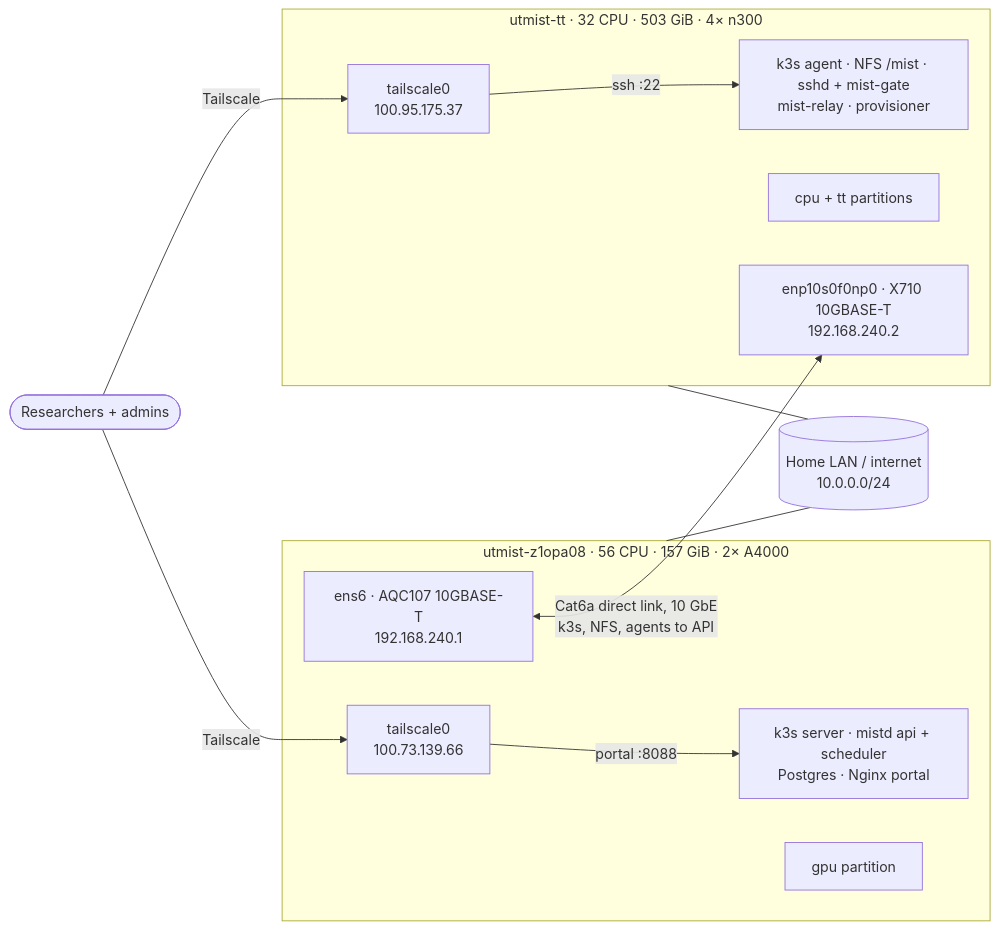
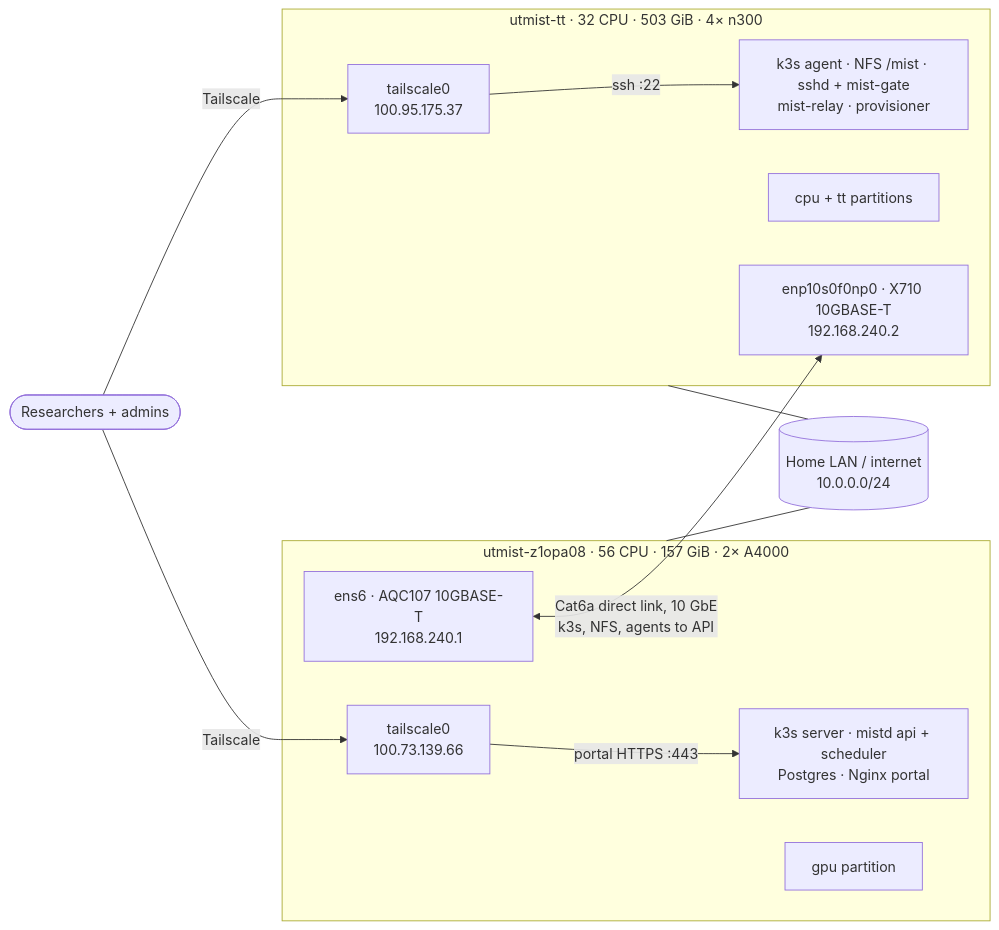
The diagram in docs/agents/architecture/deployment-and-network.md (UTMIST/Mist), drawn with Mermaid before and after one commit. The commit also changed other lines of this file and 12 other files, not shown here.

First line of the commit message:
Refine HPC-style architecture contracts and jobs plan

````diff
--- a/docs/agents/architecture/deployment-and-network.md
+++ b/docs/agents/architecture/deployment-and-network.md
@@ -9,19 +9,19 @@
 ```mermaid
 flowchart LR
     Users([Researchers + admins]) -->|Tailscale| TSN
     Users -->|Tailscale| TST
     subgraph NV["utmist-z1opa08 · 56 CPU · 157 GiB · 2× A4000"]
-        TSN["tailscale0<br/>100.73.139.66"] -->|"portal :8088"| NVsvc["k3s server · mistd api + scheduler<br/>Postgres · Nginx portal"]
+        TSN["tailscale0<br/>100.73.139.66"] -->|"portal HTTPS :443"| NVsvc["k3s server · mistd api + scheduler<br/>Postgres · Nginx portal"]
         NVgpu[gpu partition]
         ens6["ens6 · AQC107 10GBASE-T<br/>192.168.240.1"]
     end
     subgraph TT["utmist-tt · 32 CPU · 503 GiB · 4× n300"]
         TST["tailscale0<br/>100.95.175.37"] -->|"ssh :22"| TTsvc["k3s agent · NFS /mist · sshd + mist-gate<br/>mist-relay · provisioner"]
         TTpart[cpu + tt partitions]
         x710["enp10s0f0np0 · X710 10GBASE-T<br/>192.168.240.2"]
     end
     ens6 <-->|"Cat6a direct link, 10 GbE<br/>k3s, NFS, agents to API"| x710
     LAN[("Home LAN / internet<br/>10.0.0.0/24")]
     NV --- LAN
     TT --- LAN
 ```
````
